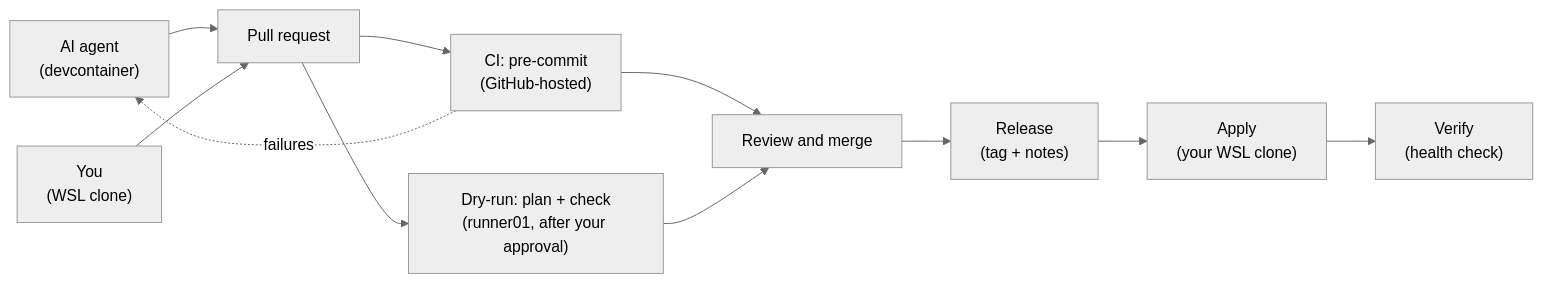
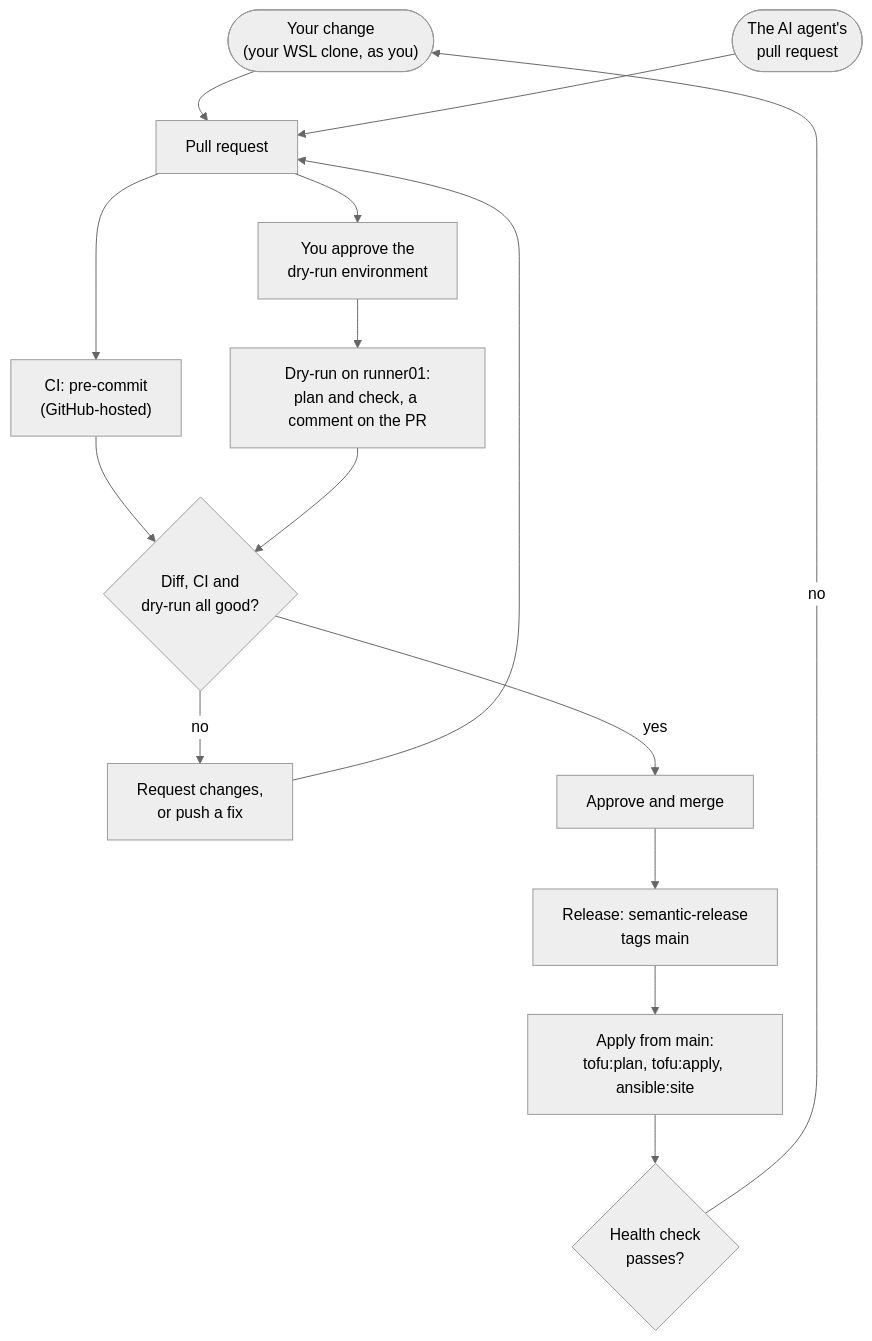
One commit to BCochofelHomelab/homelab-proxmox-core changed the second of 2 diagrams in CONTRIBUTING.md. Above: the diagram before and after it, drawn with Mermaid (neutral theme). The commit also changed other lines of this file, not shown here.

First line of the commit message:
docs(contributing): one flow diagram per lane (#113)

````diff
--- a/CONTRIBUTING.md
+++ b/CONTRIBUTING.md
@@ -13,13 +39,17 @@
 ```mermaid
-flowchart LR
-  agent["AI agent<br/>(devcontainer)"] --> pr[Pull request]
-  you["You<br/>(WSL clone)"] --> pr
+flowchart TD
+  own(["Your change<br/>(your WSL clone, as you)"]) --> pr["Pull request"]
+  agent(["The AI agent's<br/>pull request"]) --> pr
   pr --> ci["CI: pre-commit<br/>(GitHub-hosted)"]
-  pr --> dry["Dry-run: plan + check<br/>(runner01, after your approval)"]
-  ci --> review[Review and merge]
+  pr --> approve["You approve the<br/>dry-run environment"]
+  approve --> dry["Dry-run on runner01:<br/>plan and check, a comment on the PR"]
+  ci --> review{"Diff, CI and<br/>dry-run all good?"}
   dry --> review
-  ci -. failures .-> agent
-  review --> release["Release<br/>(tag + notes)"]
-  release --> apply["Apply<br/>(your WSL clone)"]
-  apply --> verify["Verify<br/>(health check)"]
+  review -- no --> fix["Request changes,<br/>or push a fix"]
+  fix --> pr
+  review -- yes --> merge["Approve and merge"]
+  merge --> release["Release: semantic-release<br/>tags main"]
+  release --> apply["Apply from main:<br/>tofu:plan, tofu:apply, ansible:site"]
+  apply --> verify{"Health check<br/>passes?"}
+  verify -- no --> own
 ```
````
